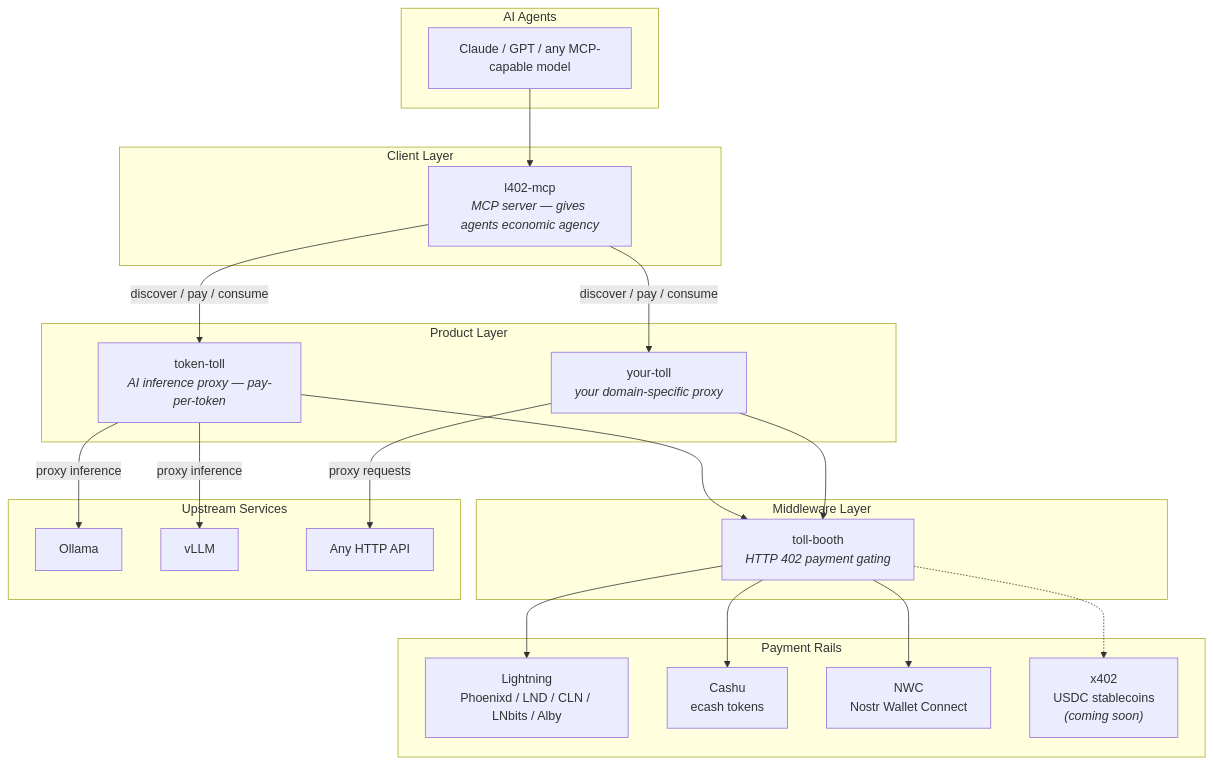
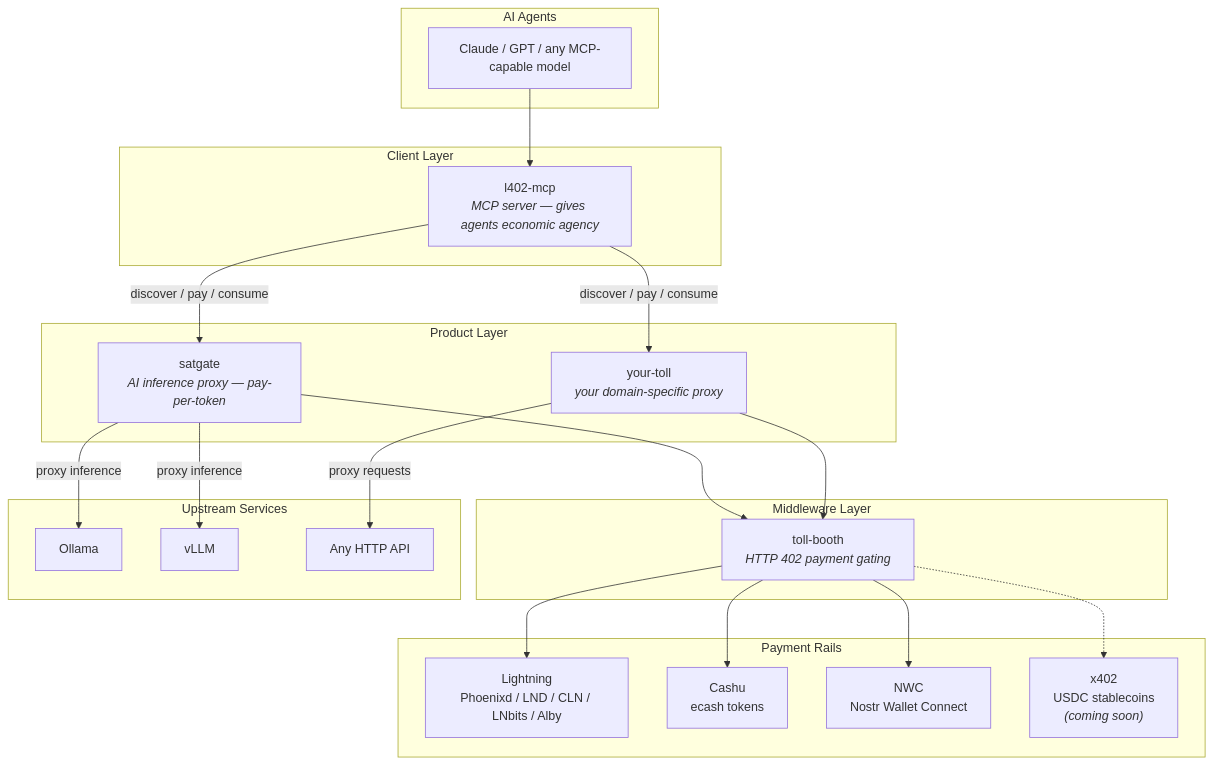
One commit to TheCryptoDonkey/toll-booth changed the first of 5 diagrams in docs/architecture.md. Above: the diagram before and after it, drawn with Mermaid. The commit also changed other lines of this file and 1 other file, not shown here.

Commit message:
docs: rename token-toll to satgate in README and architecture diagrams

````diff
--- a/docs/architecture.md
+++ b/docs/architecture.md
@@ -7,45 +7,45 @@
 ```mermaid
 graph TB
     subgraph "AI Agents"
         A1[Claude / GPT / any MCP-capable model]
     end
 
     subgraph "Client Layer"
         L402_MCP["l402-mcp<br/><i>MCP server — gives agents economic agency</i>"]
     end
 
     subgraph "Product Layer"
-        TT["token-toll<br/><i>AI inference proxy — pay-per-token</i>"]
+        TT["satgate<br/><i>AI inference proxy — pay-per-token</i>"]
         FUTURE["your-toll<br/><i>your domain-specific proxy</i>"]
     end
 
     subgraph "Middleware Layer"
         TB["toll-booth<br/><i>HTTP 402 payment gating</i>"]
     end
 
     subgraph "Payment Rails"
         LN[Lightning<br/>Phoenixd / LND / CLN / LNbits / Alby]
         CASHU[Cashu<br/>ecash tokens]
         NWC[NWC<br/>Nostr Wallet Connect]
         X402["x402<br/>USDC stablecoins<br/><i>(coming soon)</i>"]
     end
 
     subgraph "Upstream Services"
         OLLAMA[Ollama]
         VLLM[vLLM]
         ANY_API[Any HTTP API]
     end
 
     A1 --> L402_MCP
     L402_MCP -->|"discover / pay / consume"| TT
     L402_MCP -->|"discover / pay / consume"| FUTURE
     TT --> TB
     FUTURE --> TB
     TB --> LN
     TB --> CASHU
     TB --> NWC
     TB -.-> X402
     TT -->|"proxy inference"| OLLAMA
     TT -->|"proxy inference"| VLLM
     FUTURE -->|"proxy requests"| ANY_API
 ```
````
